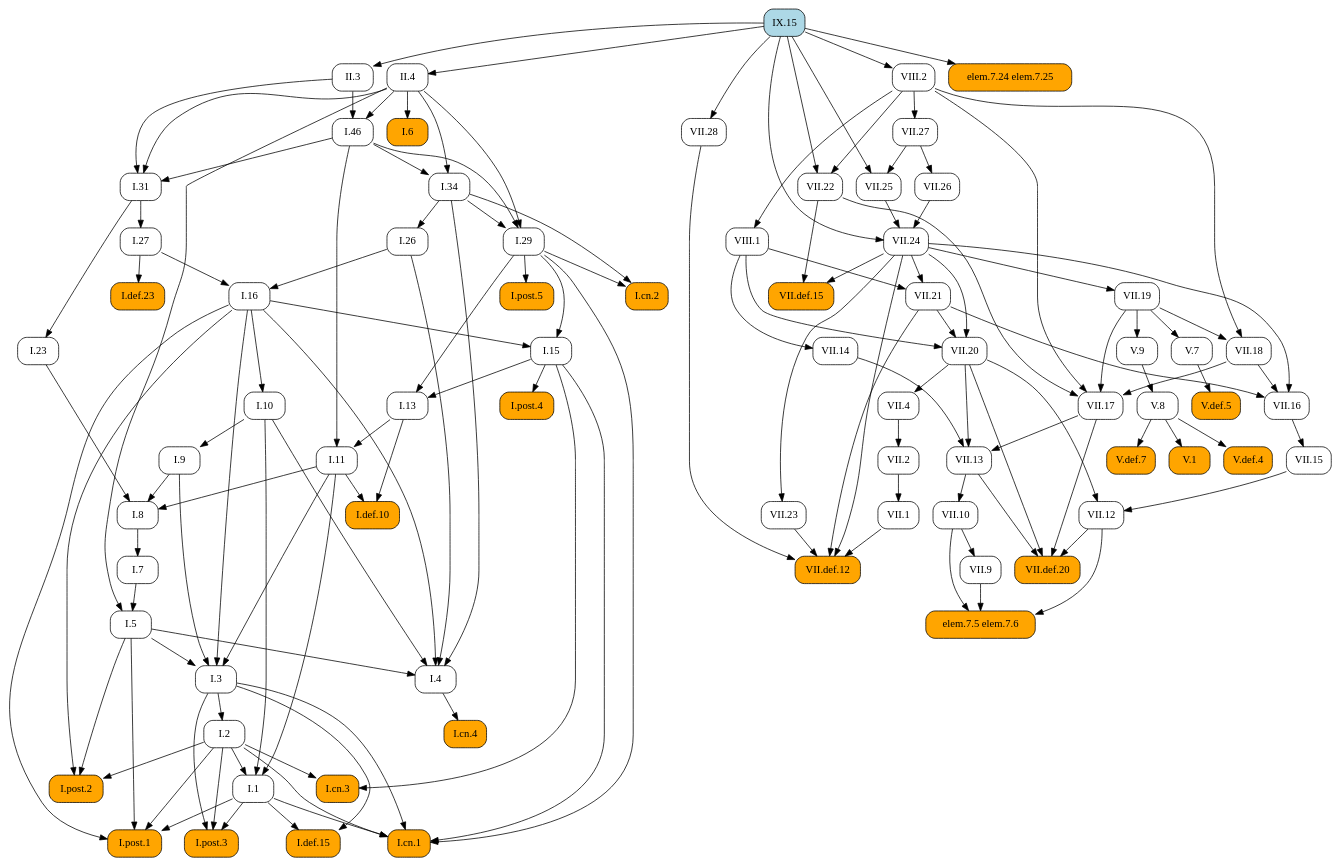
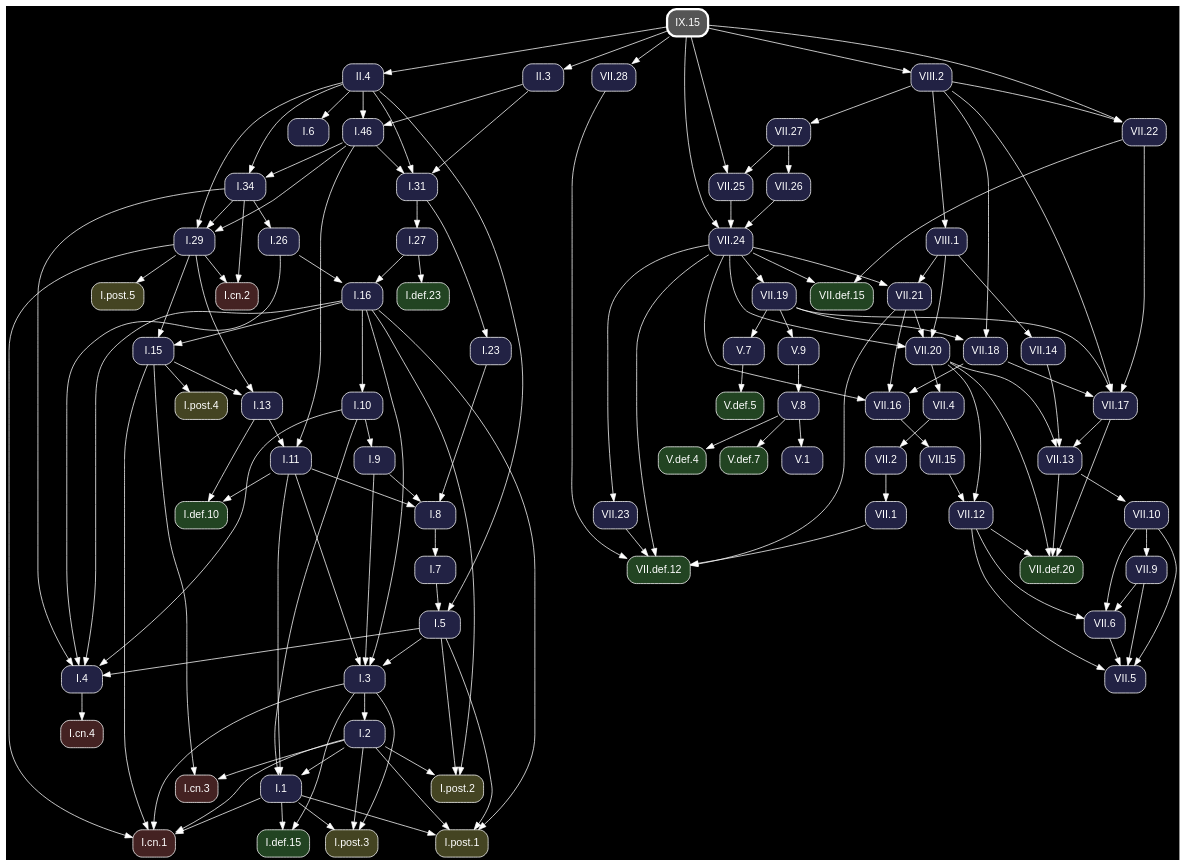
The diagram in docsrc/heath/IX/15/index.rst (geometor/elements), drawn with Graphviz before and after one commit. The commit also changed other lines of this file and 1200 other files, not shown here.

Commit message:
update dependency graphs

```diff
--- a/docsrc/heath/IX/15/index.rst
+++ b/docsrc/heath/IX/15/index.rst
@@ -56,212 +56,217 @@
 .. graphviz::
 
    digraph {
+     bgcolor="black";
+     node [shape=box, style="rounded,filled", fontname="Helvetica", color="white", fontcolor="white"];
+     edge [color="white", fontcolor="white"];
      rankdir="TB";
-     node [shape=box, style=rounded];
-     "I.23" [URL="/heath/I/23/", target="_top"];
-     "VII.12" [URL="/heath/VII/12/", target="_top"];
-     "I.9" [URL="/heath/I/9/", target="_top"];
-     "I.def.15" [style="rounded,filled", fillcolor=orange, URL="/heath/I/def.15/", target="_top"];
-     "VIII.2" [URL="/heath/VIII/2/", target="_top"];
-     "VII.16" [URL="/heath/VII/16/", target="_top"];
-     "V.7" [URL="/heath/V/7/", target="_top"];
-     "I.post.1" [style="rounded,filled", fillcolor=orange, URL="/heath/I/post.1/", target="_top"];
-     "VII.26" [URL="/heath/VII/26/", target="_top"];
-     "V.9" [URL="/heath/V/9/", target="_top"];
-     "I.31" [URL="/heath/I/31/", target="_top"];
-     "VII.13" [URL="/heath/VII/13/", target="_top"];
-     "I.def.10" [style="rounded,filled", fillcolor=orange, URL="/heath/I/def.10/", target="_top"];
-     "I.34" [URL="/heath/I/34/", target="_top"];
-     "VII.def.20" [style="rounded,filled", fillcolor=orange, URL="/heath/VII/def.20/", target="_top"];
-     "I.3" [URL="/heath/I/3/", target="_top"];
-     "VII.15" [URL="/heath/VII/15/", target="_top"];
-     "V.def.4" [style="rounded,filled", fillcolor=orange, URL="/heath/V/def.4/", target="_top"];
-     "VII.28" [URL="/heath/VII/28/", target="_top"];
-     "V.def.7" [style="rounded,filled", fillcolor=orange, URL="/heath/V/def.7/", target="_top"];
-     "I.2" [URL="/heath/I/2/", target="_top"];
-     "VII.14" [URL="/heath/VII/14/", target="_top"];
-     "I.13" [URL="/heath/I/13/", target="_top"];
-     "I.post.4" [style="rounded,filled", fillcolor=orange, URL="/heath/I/post.4/", target="_top"];
-     "I.4" [URL="/heath/I/4/", target="_top"];
-     "I.1" [URL="/heath/I/1/", target="_top"];
-     "VII.21" [URL="/heath/VII/21/", target="_top"];
-     "I.8" [URL="/heath/I/8/", target="_top"];
-     "I.29" [URL="/heath/I/29/", target="_top"];
-     "VII.22" [URL="/heath/VII/22/", target="_top"];
-     "V.8" [URL="/heath/V/8/", target="_top"];
-     "VII.23" [URL="/heath/VII/23/", target="_top"];
-     "I.15" [URL="/heath/I/15/", target="_top"];
-     "VII.def.12" [style="rounded,filled", fillcolor=orange, URL="/heath/VII/def.12/", target="_top"];
-     "I.10" [URL="/heath/I/10/", target="_top"];
-     "I.11" [URL="/heath/I/11/", target="_top"];
-     "I.def.23" [style="rounded,filled", fillcolor=orange, URL="/heath/I/def.23/", target="_top"];
-     "I.46" [URL="/heath/I/46/", target="_top"];
-     "VII.20" [URL="/heath/VII/20/", target="_top"];
-     "I.26" [URL="/heath/I/26/", target="_top"];
-     "elem.7.5 elem.7.6" [style="rounded,filled", fillcolor=orange];
-     "VII.9" [URL="/heath/VII/9/", target="_top"];
-     "elem.7.24 elem.7.25" [style="rounded,filled", fillcolor=orange];
-     "VII.18" [URL="/heath/VII/18/", target="_top"];
-     "I.post.3" [style="rounded,filled", fillcolor=orange, URL="/heath/I/post.3/", target="_top"];
-     "V.def.5" [style="rounded,filled", fillcolor=orange, URL="/heath/V/def.5/", target="_top"];
-     "VII.10" [URL="/heath/VII/10/", target="_top"];
-     "VII.def.15" [style="rounded,filled", fillcolor=orange, URL="/heath/VII/def.15/", target="_top"];
-     "I.27" [URL="/heath/I/27/", target="_top"];
-     "VII.17" [URL="/heath/VII/17/", target="_top"];
-     "II.4" [URL="/heath/II/4/", target="_top"];
-     "VII.19" [URL="/heath/VII/19/", target="_top"];
-     "VII.2" [URL="/heath/VII/2/", target="_top"];
-     "I.cn.1" [style="rounded,filled", fillcolor=orange, URL="/heath/I/cn.1/", target="_top"];
-     "I.7" [URL="/heath/I/7/", target="_top"];
-     "II.3" [URL="/heath/II/3/", target="_top"];
-     "VII.27" [URL="/heath/VII/27/", target="_top"];
-     "I.5" [URL="/heath/I/5/", target="_top"];
-     "I.cn.3" [style="rounded,filled", fillcolor=orange, URL="/heath/I/cn.3/", target="_top"];
-     "VII.25" [URL="/heath/VII/25/", target="_top"];
-     "VIII.1" [URL="/heath/VIII/1/", target="_top"];
-     "I.16" [URL="/heath/I/16/", target="_top"];
-     "VII.1" [URL="/heath/VII/1/", target="_top"];
-     "VII.4" [URL="/heath/VII/4/", target="_top"];
-     "V.1" [style="rounded,filled", fillcolor=orange, URL="/heath/V/1/", target="_top"];
-     "IX.15" [style="rounded,filled", fillcolor=lightblue, URL="/heath/IX/15/", target="_top"];
-     "I.cn.2" [style="rounded,filled", fillcolor=orange, URL="/heath/I/cn.2/", target="_top"];
-     "I.post.5" [style="rounded,filled", fillcolor=orange, URL="/heath/I/post.5/", target="_top"];
-     "VII.24" [URL="/heath/VII/24/", target="_top"];
-     "I.cn.4" [style="rounded,filled", fillcolor=orange, URL="/heath/I/cn.4/", target="_top"];
-     "I.post.2" [style="rounded,filled", fillcolor=orange, URL="/heath/I/post.2/", target="_top"];
-     "I.6" [style="rounded,filled", fillcolor=orange, URL="/heath/I/6/", target="_top"];
-     "I.31" -> "I.23";
-     "VII.15" -> "VII.12";
-     "VII.20" -> "VII.12";
-     "I.10" -> "I.9";
-     "I.1" -> "I.def.15";
-     "I.3" -> "I.def.15";
-     "IX.15" -> "VIII.2";
+     "VII.18" [fillcolor="#222244", URL="/heath/VII/18/", target="_top"];
+     "I.cn.1" [fillcolor="#442222", URL="/heath/I/cn.1/", target="_top"];
+     "VII.2" [fillcolor="#222244", URL="/heath/VII/2/", target="_top"];
+     "I.27" [fillcolor="#222244", URL="/heath/I/27/", target="_top"];
+     "I.2" [fillcolor="#222244", URL="/heath/I/2/", target="_top"];
+     "VII.26" [fillcolor="#222244", URL="/heath/VII/26/", target="_top"];
+     "VII.27" [fillcolor="#222244", URL="/heath/VII/27/", target="_top"];
+     "I.post.4" [fillcolor="#444422", URL="/heath/I/post.4/", target="_top"];
+     "VII.4" [fillcolor="#222244", URL="/heath/VII/4/", target="_top"];
+     "I.26" [fillcolor="#222244", URL="/heath/I/26/", target="_top"];
+     "I.8" [fillcolor="#222244", URL="/heath/I/8/", target="_top"];
+     "VII.9" [fillcolor="#222244", URL="/heath/VII/9/", target="_top"];
+     "I.7" [fillcolor="#222244", URL="/heath/I/7/", target="_top"];
+     "I.5" [fillcolor="#222244", URL="/heath/I/5/", target="_top"];
+     "VII.17" [fillcolor="#222244", URL="/heath/VII/17/", target="_top"];
+     "V.def.4" [fillcolor="#224422", URL="/heath/V/def.4/", target="_top"];
+     "VII.5" [fillcolor="#222244", URL="/heath/VII/5/", target="_top"];
+     "I.11" [fillcolor="#222244", URL="/heath/I/11/", target="_top"];
+     "I.cn.3" [fillcolor="#442222", URL="/heath/I/cn.3/", target="_top"];
+     "I.post.2" [fillcolor="#444422", URL="/heath/I/post.2/", target="_top"];
+     "VII.6" [fillcolor="#222244", URL="/heath/VII/6/", target="_top"];
+     "VII.16" [fillcolor="#222244", URL="/heath/VII/16/", target="_top"];
+     "VII.15" [fillcolor="#222244", URL="/heath/VII/15/", target="_top"];
+     "I.def.23" [fillcolor="#224422", URL="/heath/I/def.23/", target="_top"];
+     "VII.23" [fillcolor="#222244", URL="/heath/VII/23/", target="_top"];
+     "VII.def.12" [fillcolor="#224422", URL="/heath/VII/def.12/", target="_top"];
+     "VII.19" [fillcolor="#222244", URL="/heath/VII/19/", target="_top"];
+     "VIII.1" [fillcolor="#222244", URL="/heath/VIII/1/", target="_top"];
+     "I.post.3" [fillcolor="#444422", URL="/heath/I/post.3/", target="_top"];
+     "V.8" [fillcolor="#222244", URL="/heath/V/8/", target="_top"];
+     "VII.14" [fillcolor="#222244", URL="/heath/VII/14/", target="_top"];
+     "II.4" [fillcolor="#222244", URL="/heath/II/4/", target="_top"];
+     "V.def.5" [fillcolor="#224422", URL="/heath/V/def.5/", target="_top"];
+     "I.31" [fillcolor="#222244", URL="/heath/I/31/", target="_top"];
+     "I.6" [fillcolor="#222244", URL="/heath/I/6/", target="_top"];
+     "I.3" [fillcolor="#222244", URL="/heath/I/3/", target="_top"];
+     "I.def.10" [fillcolor="#224422", URL="/heath/I/def.10/", target="_top"];
+     "I.15" [fillcolor="#222244", URL="/heath/I/15/", target="_top"];
+     "VII.def.20" [fillcolor="#224422", URL="/heath/VII/def.20/", target="_top"];
+     "I.13" [fillcolor="#222244", URL="/heath/I/13/", target="_top"];
+     "VII.28" [fillcolor="#222244", URL="/heath/VII/28/", target="_top"];
+     "I.cn.2" [fillcolor="#442222", URL="/heath/I/cn.2/", target="_top"];
+     "VII.1" [fillcolor="#222244", URL="/heath/VII/1/", target="_top"];
+     "I.9" [fillcolor="#222244", URL="/heath/I/9/", target="_top"];
+     "VII.13" [fillcolor="#222244", URL="/heath/VII/13/", target="_top"];
+     "I.1" [fillcolor="#222244", URL="/heath/I/1/", target="_top"];
+     "I.post.5" [fillcolor="#444422", URL="/heath/I/post.5/", target="_top"];
+     "I.23" [fillcolor="#222244", URL="/heath/I/23/", target="_top"];
+     "VII.25" [fillcolor="#222244", URL="/heath/VII/25/", target="_top"];
+     "I.4" [fillcolor="#222244", URL="/heath/I/4/", target="_top"];
+     "VII.21" [fillcolor="#222244", URL="/heath/VII/21/", target="_top"];
+     "V.7" [fillcolor="#222244", URL="/heath/V/7/", target="_top"];
+     "VII.12" [fillcolor="#222244", URL="/heath/VII/12/", target="_top"];
+     "V.9" [fillcolor="#222244", URL="/heath/V/9/", target="_top"];
+     "VII.24" [fillcolor="#222244", URL="/heath/VII/24/", target="_top"];
+     "I.10" [fillcolor="#222244", URL="/heath/I/10/", target="_top"];
+     "VII.22" [fillcolor="#222244", URL="/heath/VII/22/", target="_top"];
+     "VIII.2" [fillcolor="#222244", URL="/heath/VIII/2/", target="_top"];
+     "I.46" [fillcolor="#222244", URL="/heath/I/46/", target="_top"];
+     "V.def.7" [fillcolor="#224422", URL="/heath/V/def.7/", target="_top"];
+     "VII.20" [fillcolor="#222244", URL="/heath/VII/20/", target="_top"];
+     "I.post.1" [fillcolor="#444422", URL="/heath/I/post.1/", target="_top"];
+     "I.16" [fillcolor="#222244", URL="/heath/I/16/", target="_top"];
+     "II.3" [fillcolor="#222244", URL="/heath/II/3/", target="_top"];
+     "VII.def.15" [fillcolor="#224422", URL="/heath/VII/def.15/", target="_top"];
+     "I.29" [fillcolor="#222244", URL="/heath/I/29/", target="_top"];
+     "I.cn.4" [fillcolor="#442222", URL="/heath/I/cn.4/", target="_top"];
+     "V.1" [fillcolor="#222244", URL="/heath/V/1/", target="_top"];
+     "VII.10" [fillcolor="#222244", URL="/heath/VII/10/", target="_top"];
+     "I.34" [fillcolor="#222244", URL="/heath/I/34/", target="_top"];
+     "IX.15" [penwidth=3, color="white", fillcolor="#555555", URL="/heath/IX/15/", target="_top"];
+     "I.def.15" [fillcolor="#224422", URL="/heath/I/def.15/", target="_top"];
+     "VII.19" -> "VII.18";
+     "VIII.2" -> "VII.18";
+     "I.1" -> "I.cn.1";
+     "I.2" -> "I.cn.1";
+     "I.3" -> "I.cn.1";
+     "I.15" -> "I.cn.1";
+     "I.29" -> "I.cn.1";
+     "VII.4" -> "VII.2";
+     "I.31" -> "I.27";
+     "I.3" -> "I.2";
+     "VII.27" -> "VII.26";
+     "VIII.2" -> "VII.27";
+     "I.15" -> "I.post.4";
+     "VII.20" -> "VII.4";
+     "I.34" -> "I.26";
+     "I.9" -> "I.8";
+     "I.11" -> "I.8";
+     "I.23" -> "I.8";
+     "VII.10" -> "VII.9";
+     "I.8" -> "I.7";
+     "I.7" -> "I.5";
+     "II.4" -> "I.5";
+     "VII.18" -> "VII.17";
+     "VII.19" -> "VII.17";
+     "VII.22" -> "VII.17";
+     "VIII.2" -> "VII.17";
+     "V.8" -> "V.def.4";
+     "VII.6" -> "VII.5";
+     "VII.9" -> "VII.5";
+     "VII.10" -> "VII.5";
+     "VII.12" -> "VII.5";
+     "I.13" -> "I.11";
+     "I.46" -> "I.11";
+     "I.2" -> "I.cn.3";
+     "I.15" -> "I.cn.3";
+     "I.2" -> "I.post.2";
+     "I.5" -> "I.post.2";
+     "I.16" -> "I.post.2";
+     "VII.9" -> "VII.6";
+     "VII.10" -> "VII.6";
+     "VII.12" -> "VII.6";
      "VII.18" -> "VII.16";
      "VII.21" -> "VII.16";
      "VII.24" -> "VII.16";
-     "VII.19" -> "V.7";
-     "I.1" -> "I.post.1";
-     "I.2" -> "I.post.1";
-     "I.5" -> "I.post.1";
-     "I.16" -> "I.post.1";
-     "VII.27" -> "VII.26";
-     "VII.19" -> "V.9";
+     "VII.16" -> "VII.15";
+     "I.27" -> "I.def.23";
+     "VII.24" -> "VII.23";
+     "VII.1" -> "VII.def.12";
+     "VII.21" -> "VII.def.12";
+     "VII.23" -> "VII.def.12";
+     "VII.24" -> "VII.def.12";
+     "VII.28" -> "VII.def.12";
+     "VII.24" -> "VII.19";
+     "VIII.2" -> "VIII.1";
+     "I.1" -> "I.post.3";
+     "I.2" -> "I.post.3";
+     "I.3" -> "I.post.3";
+     "V.9" -> "V.8";
+     "VIII.1" -> "VII.14";
+     "IX.15" -> "II.4";
+     "V.7" -> "V.def.5";
      "I.46" -> "I.31";
      "II.3" -> "I.31";
      "II.4" -> "I.31";
-     "VII.14" -> "VII.13";
-     "VII.17" -> "VII.13";
-     "VII.20" -> "VII.13";
+     "II.4" -> "I.6";
+     "I.5" -> "I.3";
+     "I.9" -> "I.3";
+     "I.11" -> "I.3";
+     "I.16" -> "I.3";
      "I.11" -> "I.def.10";
      "I.13" -> "I.def.10";
-     "I.46" -> "I.34";
-     "II.4" -> "I.34";
+     "I.16" -> "I.15";
+     "I.29" -> "I.15";
      "VII.12" -> "VII.def.20";
      "VII.13" -> "VII.def.20";
      "VII.17" -> "VII.def.20";
      "VII.20" -> "VII.def.20";
-     "I.5" -> "I.3";
-     "I.9" -> "I.3";
-     "I.11" -> "I.3";
-     "I.16" -> "I.3";
-     "VII.16" -> "VII.15";
-     "V.8" -> "V.def.4";
-     "IX.15" -> "VII.28";
-     "V.8" -> "V.def.7";
-     "I.3" -> "I.2";
-     "VIII.1" -> "VII.14";
      "I.15" -> "I.13";
      "I.29" -> "I.13";
-     "I.15" -> "I.post.4";
+     "IX.15" -> "VII.28";
+     "I.29" -> "I.cn.2";
+     "I.34" -> "I.cn.2";
+     "VII.2" -> "VII.1";
+     "I.10" -> "I.9";
+     "VII.14" -> "VII.13";
+     "VII.17" -> "VII.13";
+     "VII.20" -> "VII.13";
+     "I.2" -> "I.1";
+     "I.10" -> "I.1";
+     "I.11" -> "I.1";
+     "I.29" -> "I.post.5";
+     "I.31" -> "I.23";
+     "VII.27" -> "VII.25";
+     "IX.15" -> "VII.25";
      "I.5" -> "I.4";
      "I.10" -> "I.4";
      "I.16" -> "I.4";
      "I.26" -> "I.4";
      "I.34" -> "I.4";
-     "I.2" -> "I.1";
-     "I.10" -> "I.1";
-     "I.11" -> "I.1";
      "VII.24" -> "VII.21";
      "VIII.1" -> "VII.21";
-     "I.9" -> "I.8";
-     "I.11" -> "I.8";
-     "I.23" -> "I.8";
+     "VII.19" -> "V.7";
+     "VII.15" -> "VII.12";
+     "VII.20" -> "VII.12";
+     "VII.19" -> "V.9";
+     "VII.25" -> "VII.24";
+     "VII.26" -> "VII.24";
+     "IX.15" -> "VII.24";
+     "I.16" -> "I.10";
+     "VIII.2" -> "VII.22";
+     "IX.15" -> "VII.22";
+     "IX.15" -> "VIII.2";
+     "II.3" -> "I.46";
+     "II.4" -> "I.46";
+     "V.8" -> "V.def.7";
+     "VII.21" -> "VII.20";
+     "VII.24" -> "VII.20";
+     "VIII.1" -> "VII.20";
+     "I.1" -> "I.post.1";
+     "I.2" -> "I.post.1";
+     "I.5" -> "I.post.1";
+     "I.16" -> "I.post.1";
+     "I.26" -> "I.16";
+     "I.27" -> "I.16";
+     "IX.15" -> "II.3";
+     "VII.22" -> "VII.def.15";
+     "VII.24" -> "VII.def.15";
      "I.34" -> "I.29";
      "I.46" -> "I.29";
      "II.4" -> "I.29";
-     "VIII.2" -> "VII.22";
-     "IX.15" -> "VII.22";
-     "V.9" -> "V.8";
-     "VII.24" -> "VII.23";
-     "I.16" -> "I.15";
-     "I.29" -> "I.15";
-     "VII.1" -> "VII.def.12";
-     "VII.21" -> "VII.def.12";
-     "VII.23" -> "VII.def.12";
-     "VII.24" -> "VII.def.12";
-     "VII.28" -> "VII.def.12";
-     "I.16" -> "I.10";
-     "I.13" -> "I.11";
-     "I.46" -> "I.11";
-     "I.27" -> "I.def.23";
-     "II.3" -> "I.46";
-     "II.4" -> "I.46";
-     "VII.21" -> "VII.20";
-     "VII.24" -> "VII.20";
-     "VIII.1" -> "VII.20";
-     "I.34" -> "I.26";
-     "VII.9" -> "elem.7.5 elem.7.6";
-     "VII.10" -> "elem.7.5 elem.7.6";
-     "VII.12" -> "elem.7.5 elem.7.6";
-     "VII.10" -> "VII.9";
-     "IX.15" -> "elem.7.24 elem.7.25";
-     "VII.19" -> "VII.18";
-     "VIII.2" -> "VII.18";
-     "I.1" -> "I.post.3";
-     "I.2" -> "I.post.3";
-     "I.3" -> "I.post.3";
-     "V.7" -> "V.def.5";
+     "I.4" -> "I.cn.4";
+     "V.8" -> "V.1";
      "VII.13" -> "VII.10";
-     "VII.22" -> "VII.def.15";
-     "VII.24" -> "VII.def.15";
-     "I.31" -> "I.27";
-     "VII.18" -> "VII.17";
-     "VII.19" -> "VII.17";
-     "VII.22" -> "VII.17";
-     "VIII.2" -> "VII.17";
-     "IX.15" -> "II.4";
-     "VII.24" -> "VII.19";
-     "VII.4" -> "VII.2";
-     "I.1" -> "I.cn.1";
-     "I.2" -> "I.cn.1";
-     "I.3" -> "I.cn.1";
-     "I.15" -> "I.cn.1";
-     "I.29" -> "I.cn.1";
-     "I.8" -> "I.7";
-     "IX.15" -> "II.3";
-     "VIII.2" -> "VII.27";
-     "I.7" -> "I.5";
-     "II.4" -> "I.5";
-     "I.2" -> "I.cn.3";
-     "I.15" -> "I.cn.3";
-     "VII.27" -> "VII.25";
-     "IX.15" -> "VII.25";
-     "VIII.2" -> "VIII.1";
-     "I.26" -> "I.16";
-     "I.27" -> "I.16";
-     "VII.2" -> "VII.1";
-     "VII.20" -> "VII.4";
-     "V.8" -> "V.1";
-     "I.29" -> "I.cn.2";
-     "I.34" -> "I.cn.2";
-     "I.29" -> "I.post.5";
-     "VII.25" -> "VII.24";
-     "VII.26" -> "VII.24";
-     "IX.15" -> "VII.24";
-     "I.4" -> "I.cn.4";
-     "I.2" -> "I.post.2";
-     "I.5" -> "I.post.2";
-     "I.16" -> "I.post.2";
-     "II.4" -> "I.6";
+     "I.46" -> "I.34";
+     "II.4" -> "I.34";
+     "I.1" -> "I.def.15";
+     "I.3" -> "I.def.15";
    }
```
